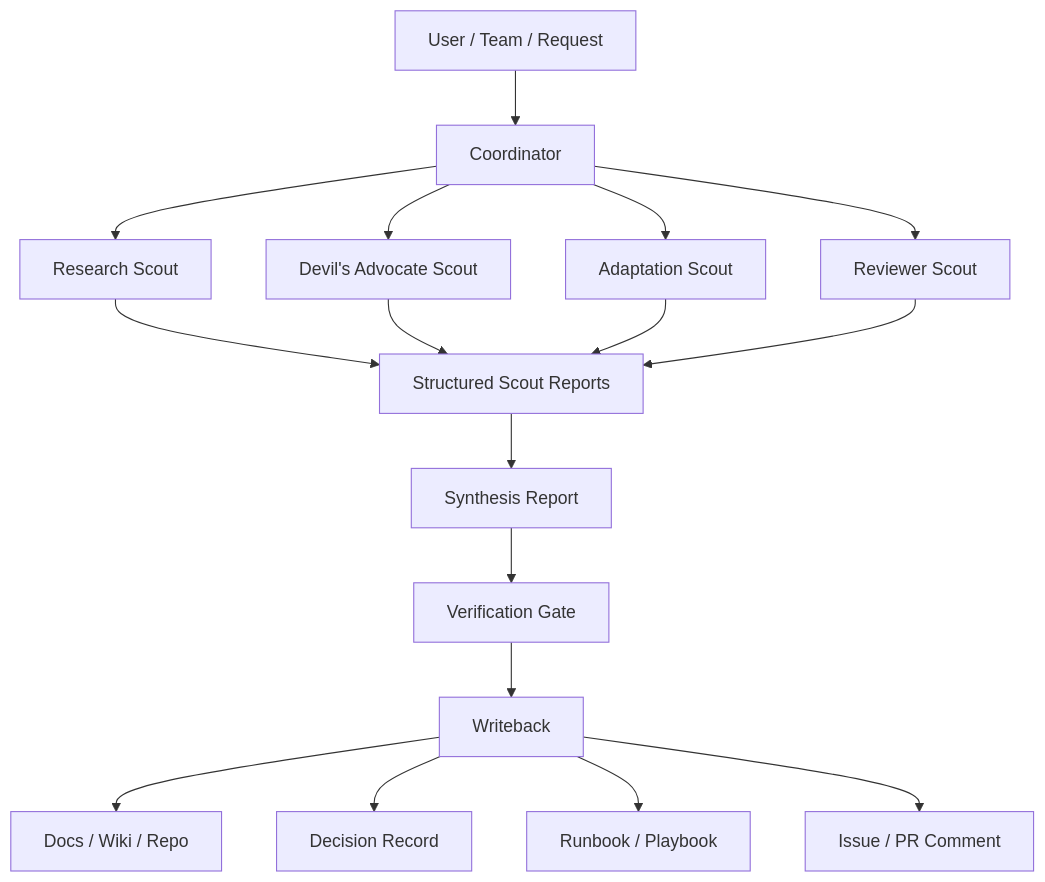
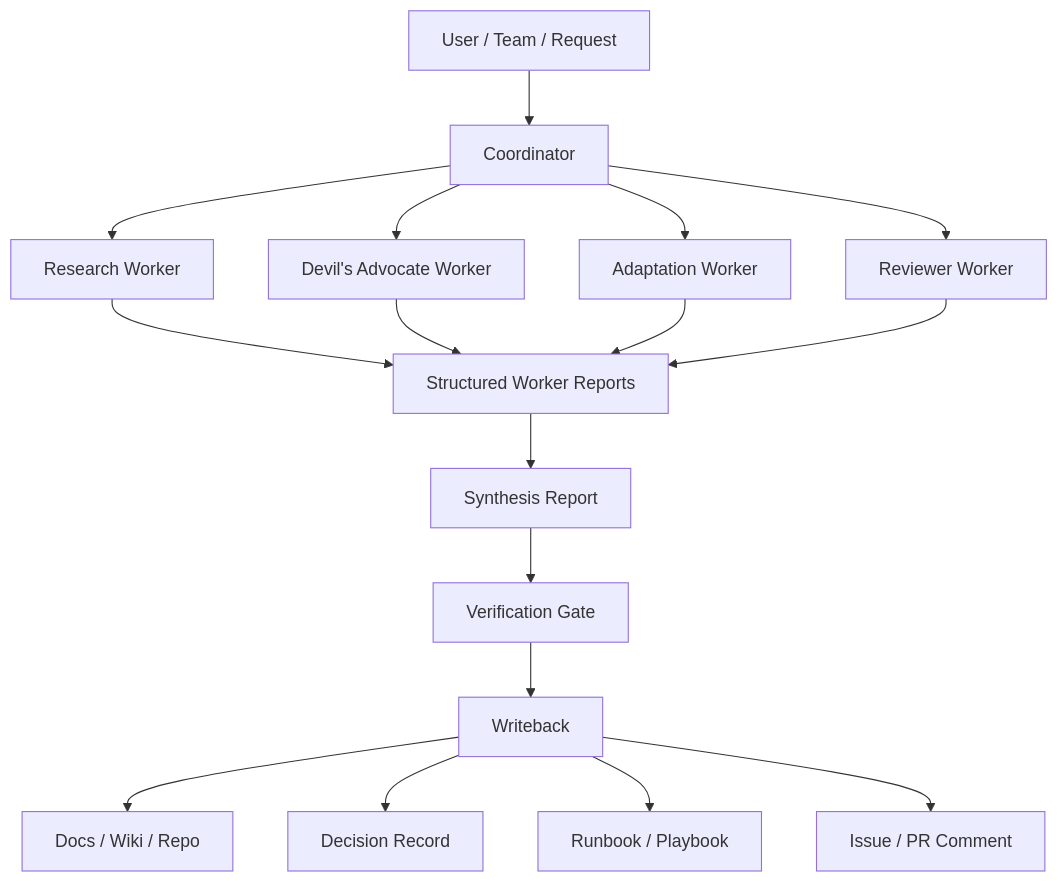
The second of 6 diagrams in DIAGRAMS.md (seintun/apiary), drawn with Mermaid before and after one commit. The commit also changed other lines of this file and 44 other files, not shown here.

````diff
--- a/DIAGRAMS.md
+++ b/DIAGRAMS.md
@@ -22,23 +22,23 @@
 ```mermaid
 flowchart TB
     U[User / Team / Request] --> COORD[Coordinator]
 
-    COORD --> R[Research Scout]
-    COORD --> D[Devil's Advocate Scout]
-    COORD --> A[Adaptation Scout]
-    COORD --> V[Reviewer Scout]
+    COORD --> R[Research Worker]
+    COORD --> D[Devil's Advocate Worker]
+    COORD --> A[Adaptation Worker]
+    COORD --> V[Reviewer Worker]
 
-    R --> SR[Structured Scout Reports]
+    R --> SR[Structured Worker Reports]
     D --> SR
     A --> SR
     V --> SR
 
     SR --> SYN[Synthesis Report]
     SYN --> CHECK[Verification Gate]
     CHECK --> WB[Writeback]
 
     WB --> DOCS[Docs / Wiki / Repo]
     WB --> ADR[Decision Record]
     WB --> RUNBOOK[Runbook / Playbook]
     WB --> ISSUE[Issue / PR Comment]
 ```
````
